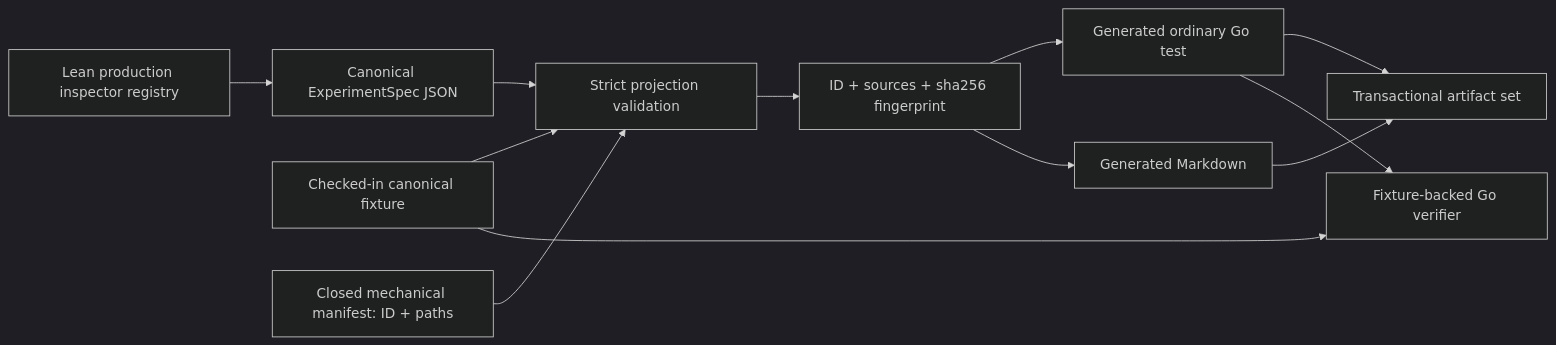
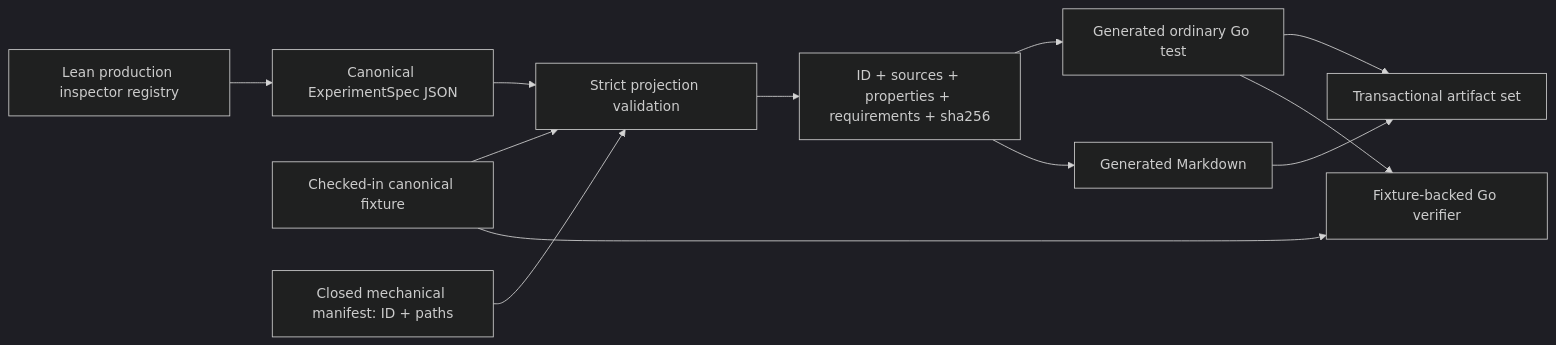
One commit to stephanos/temporal changed the diagram in .flow/specs/fn-13-deterministic-go-regression-projections.md. Above: the diagram before and after it, drawn with Mermaid (dark theme). The commit also changed other lines of this file and 9 other files, not shown here.

Commit message:
chore(flow): finalize fn-13 projection plan

````diff
--- a/.flow/specs/fn-13-deterministic-go-regression-projections.md
+++ b/.flow/specs/fn-13-deterministic-go-regression-projections.md
@@ -27,14 +27,14 @@
 ```mermaid
 flowchart LR
     Registry[Lean production inspector registry] --> Inspector[Canonical ExperimentSpec JSON]
     Fixture[Checked-in canonical fixture] --> Validate[Strict projection validation]
     Inspector --> Validate
     Manifest[Closed mechanical manifest: ID + paths] --> Validate
-    Validate --> Record[ID + sources + sha256 fingerprint]
+    Validate --> Record[ID + sources + properties + requirements + sha256]
     Record --> Go[Generated ordinary Go test]
     Record --> Docs[Generated Markdown]
     Go --> Set[Transactional artifact set]
     Docs --> Set
     Go --> Helper[Fixture-backed Go verifier]
     Fixture --> Helper
 ```
````
